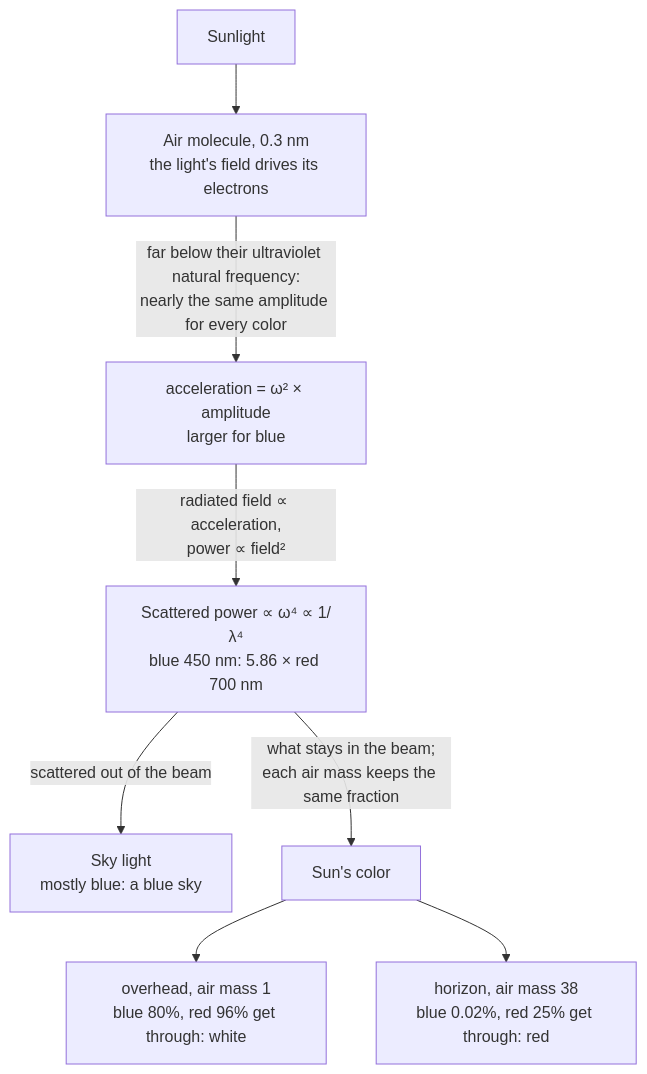
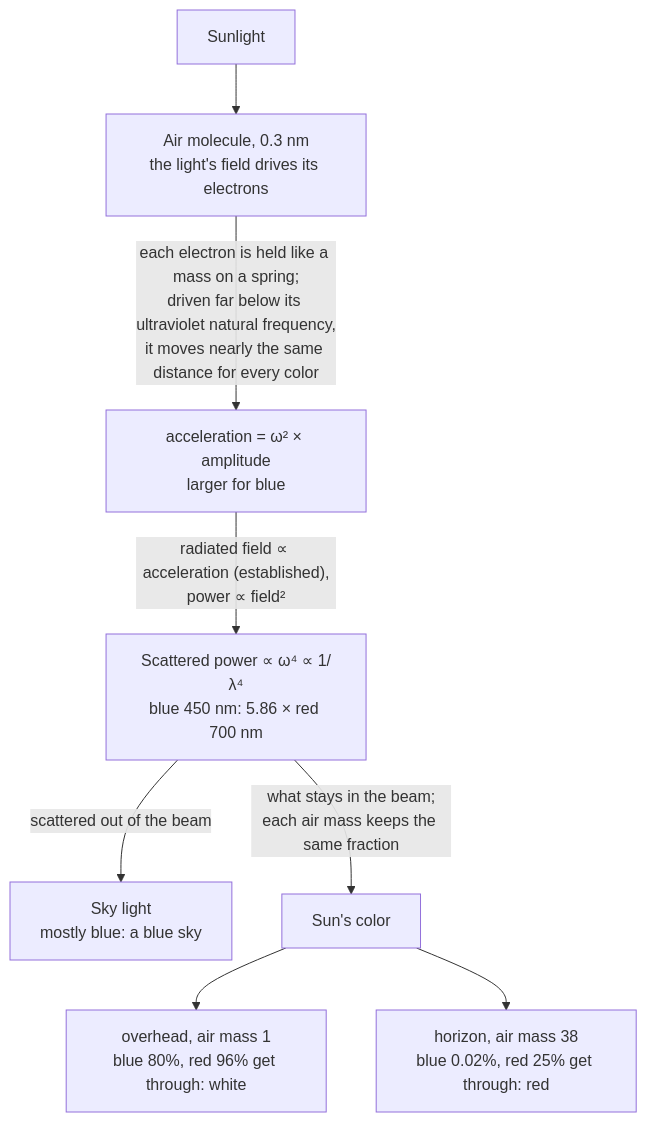
Before and after one commit to ifrit98/Explainer: the first of 2 diagrams in explainers/sky-blue/diagram.md, drawn with Mermaid. The commit also changed other lines of this file and 78 other files, not shown here.

````diff
--- a/explainers/sky-blue/diagram.md
+++ b/explainers/sky-blue/diagram.md
@@ -11,10 +11,10 @@
 ```mermaid
 flowchart TD
     S["Sunlight"] --> M["Air molecule, 0.3 nm<br/>the light's field drives its electrons"]
-    M -->|"far below their ultraviolet natural frequency:<br/>nearly the same amplitude for every color"| A["acceleration = ω² × amplitude<br/>larger for blue"]
-    A -->|"radiated field ∝ acceleration,<br/>power ∝ field²"| P["Scattered power ∝ ω⁴ ∝ 1/λ⁴<br/>blue 450 nm: 5.86 × red 700 nm"]
+    M -->|"each electron is held like a mass on a spring;<br/>driven far below its ultraviolet natural frequency,<br/>it moves nearly the same distance for every color"| A["acceleration = ω² × amplitude<br/>larger for blue"]
+    A -->|"radiated field ∝ acceleration (established),<br/>power ∝ field²"| P["Scattered power ∝ ω⁴ ∝ 1/λ⁴<br/>blue 450 nm: 5.86 × red 700 nm"]
     P -->|"scattered out of the beam"| K["Sky light<br/>mostly blue: a blue sky"]
     P -->|"what stays in the beam;<br/>each air mass keeps the same fraction"| B["Sun's color"]
     B --> N["overhead, air mass 1<br/>blue 80%, red 96% get through: white"]
     B --> H["horizon, air mass 38<br/>blue 0.02%, red 25% get through: red"]
 ```
````
